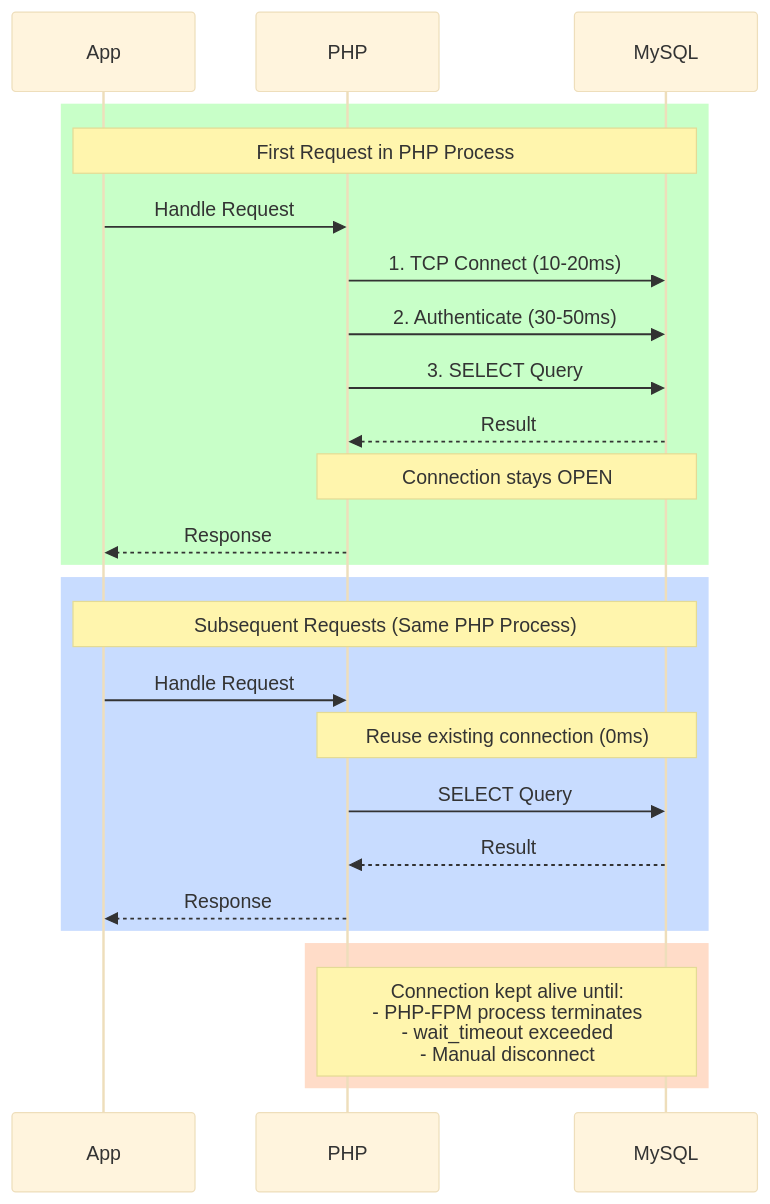
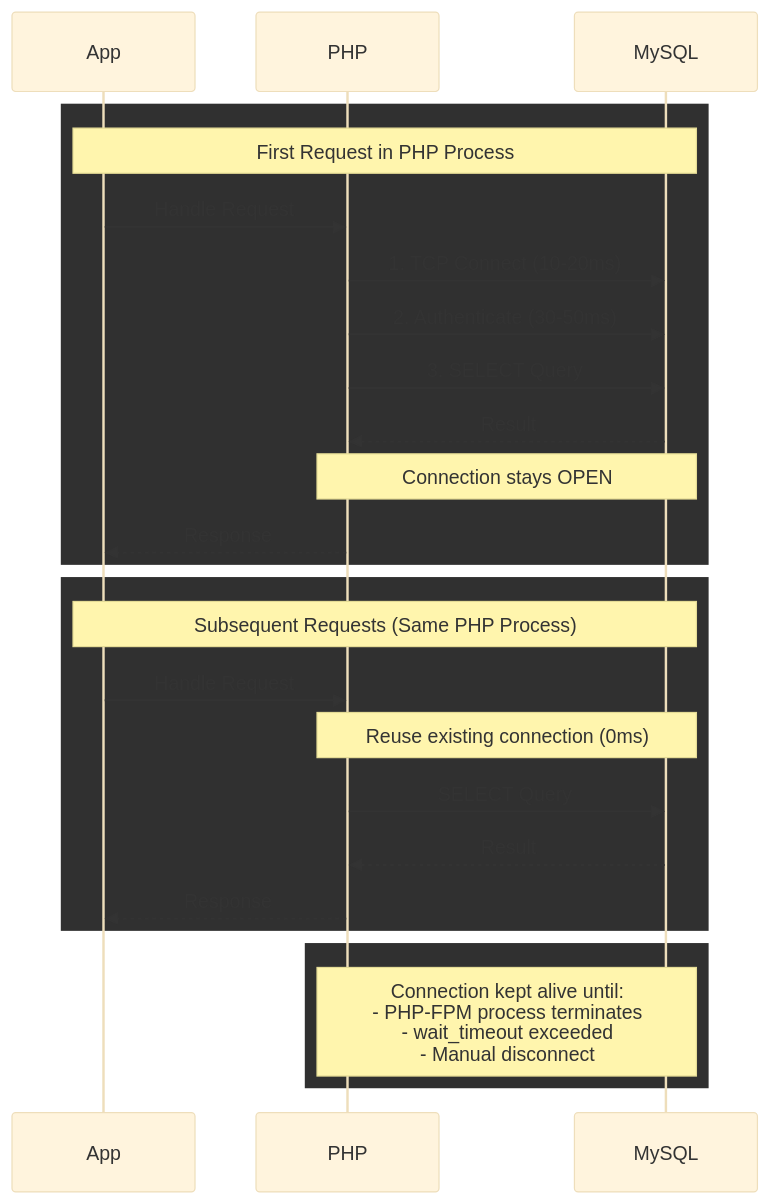
The second of 3 diagrams in Server Config/database-pooling.md (gilangheavy/gilangheavy), drawn with Mermaid (base theme) before and after one commit. The commit also changed other lines of this file, not shown here.

Commit message:
fix : update color diagram

````diff
--- a/Server Config/database-pooling.md
+++ b/Server Config/database-pooling.md
@@ -379,30 +379,30 @@
 ```mermaid
 sequenceDiagram
     participant App
     participant PHP
     participant MySQL
 
-    rect rgb(200, 255, 200)
+    rect rgba(48, 48, 48, 1)
         Note over App,MySQL: First Request in PHP Process
         App->>PHP: Handle Request
         PHP->>MySQL: 1. TCP Connect (10-20ms)
         PHP->>MySQL: 2. Authenticate (30-50ms)
         PHP->>MySQL: 3. SELECT Query
         MySQL-->>PHP: Result
         Note over PHP,MySQL: Connection stays OPEN
         PHP-->>App: Response
     end
 
-    rect rgb(200, 220, 255)
+    rect rgba(48, 48, 48, 1)
         Note over App,MySQL: Subsequent Requests (Same PHP Process)
         App->>PHP: Handle Request
         Note over PHP,MySQL: Reuse existing connection (0ms)
         PHP->>MySQL: SELECT Query
         MySQL-->>PHP: Result
         PHP-->>App: Response
     end
 
-    rect rgb(255, 220, 200)
+    rect rgba(48, 48, 48, 1)
         Note over PHP,MySQL: Connection kept alive until:<br/>- PHP-FPM process terminates<br/>- wait_timeout exceeded<br/>- Manual disconnect
     end
 ```
````
